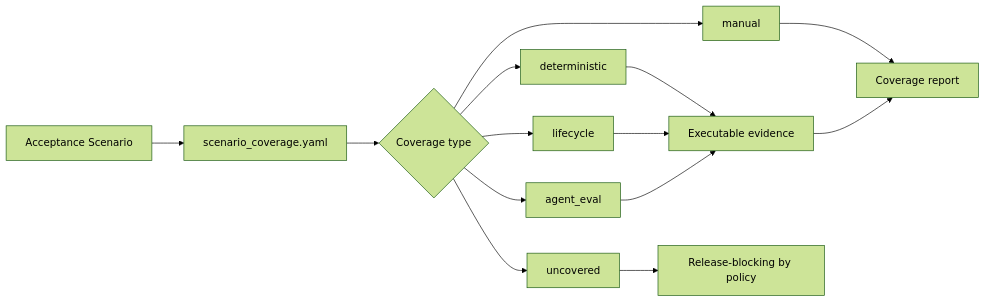
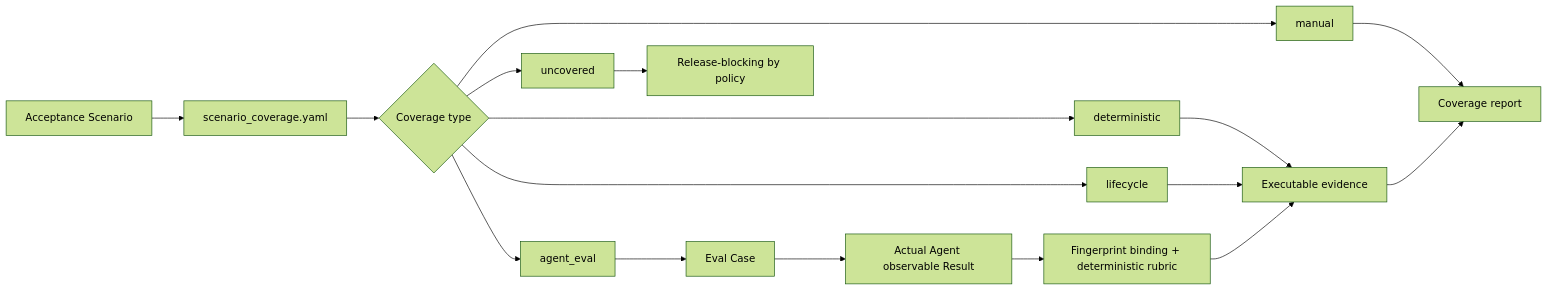
Diagram 24 of 24 in docs/ARCHITECTURE.md (LucasLu3918/ai-product-system), drawn with Mermaid (forest theme) before and after one commit. The commit also changed other lines of this file, not shown here.

Commit message:
docs(architecture): show agent eval evidence flow

```diff
--- a/docs/ARCHITECTURE.md
+++ b/docs/ARCHITECTURE.md
@@ -564,16 +564,19 @@
 ~~~mermaid
 flowchart LR
     S[Acceptance Scenario] --> R[scenario_coverage.yaml]
     R --> T{Coverage type}
     T --> D[deterministic]
     T --> L[lifecycle]
     T --> A[agent_eval]
     T --> M[manual]
     T --> U[uncovered]
     D --> E[Executable evidence]
     L --> E
-    A --> E
+    A --> C[Eval Case]
+    C --> AR[Actual Agent observable Result]
+    AR --> FP[Fingerprint binding + deterministic rubric]
+    FP --> E
     M --> REP[Coverage report]
     U --> BLOCK[Release-blocking by policy]
     E --> REP
 ~~~
```
